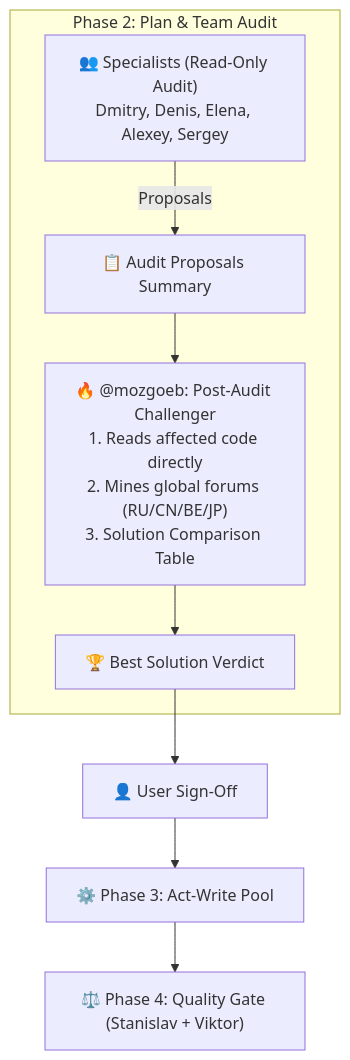
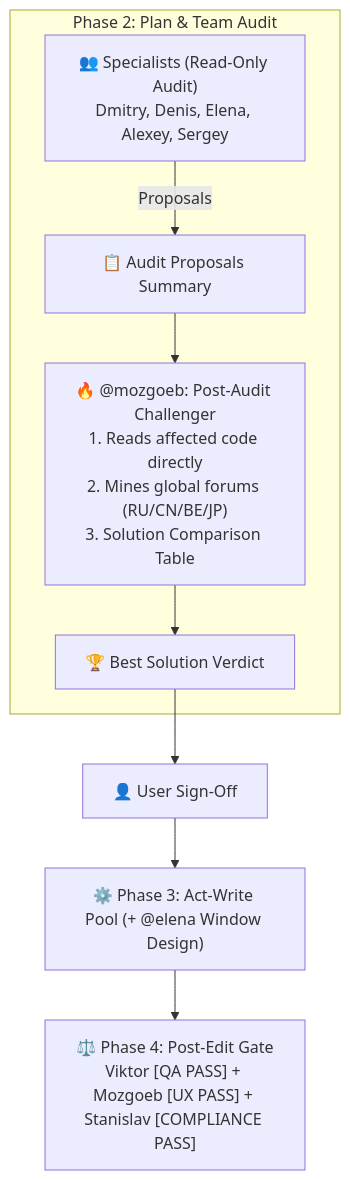
The diagram in skills/hermes/references/ux-scouting-standards.md (neon1301/hermes-mode-antigravity), drawn with Mermaid before and after one commit. The commit also changed other lines of this file and 9 other files, not shown here.

Commit message:
[HERMES-UX-GATE] feat(v3.6.7): enforce Post-Edit Window & UX Gate ([UX PASS]) by Mozgoeb and Elena after UI/window changes

````diff
--- a/skills/hermes/references/ux-scouting-standards.md
+++ b/skills/hermes/references/ux-scouting-standards.md
@@ -37,12 +38,12 @@
 ```mermaid
 flowchart TD
     subgraph Phase2["Phase 2: Plan & Team Audit"]
         Specialists["👥 Specialists (Read-Only Audit)\nDmitry, Denis, Elena, Alexey, Sergey"] -->|Proposals| Handoff["📋 Audit Proposals Summary"]
         Handoff --> Mozgoeb["🔥 @mozgoeb: Post-Audit Challenger\n1. Reads affected code directly\n2. Mines global forums (RU/CN/BE/JP)\n3. Solution Comparison Table"]
         Mozgoeb --> Verdict["🏆 Best Solution Verdict"]
     end
 
     Verdict --> User["👤 User Sign-Off"]
-    User --> Pool["⚙️ Phase 3: Act-Write Pool"]
-    Pool --> Gate["⚖️ Phase 4: Quality Gate (Stanislav + Viktor)"]
+    User --> Pool["⚙️ Phase 3: Act-Write Pool (+ @elena Window Design)"]
+    Pool --> Gate["⚖️ Phase 4: Post-Edit Gate\nViktor [QA PASS] + Mozgoeb [UX PASS] + Stanislav [COMPLIANCE PASS]"]
 ```
````
